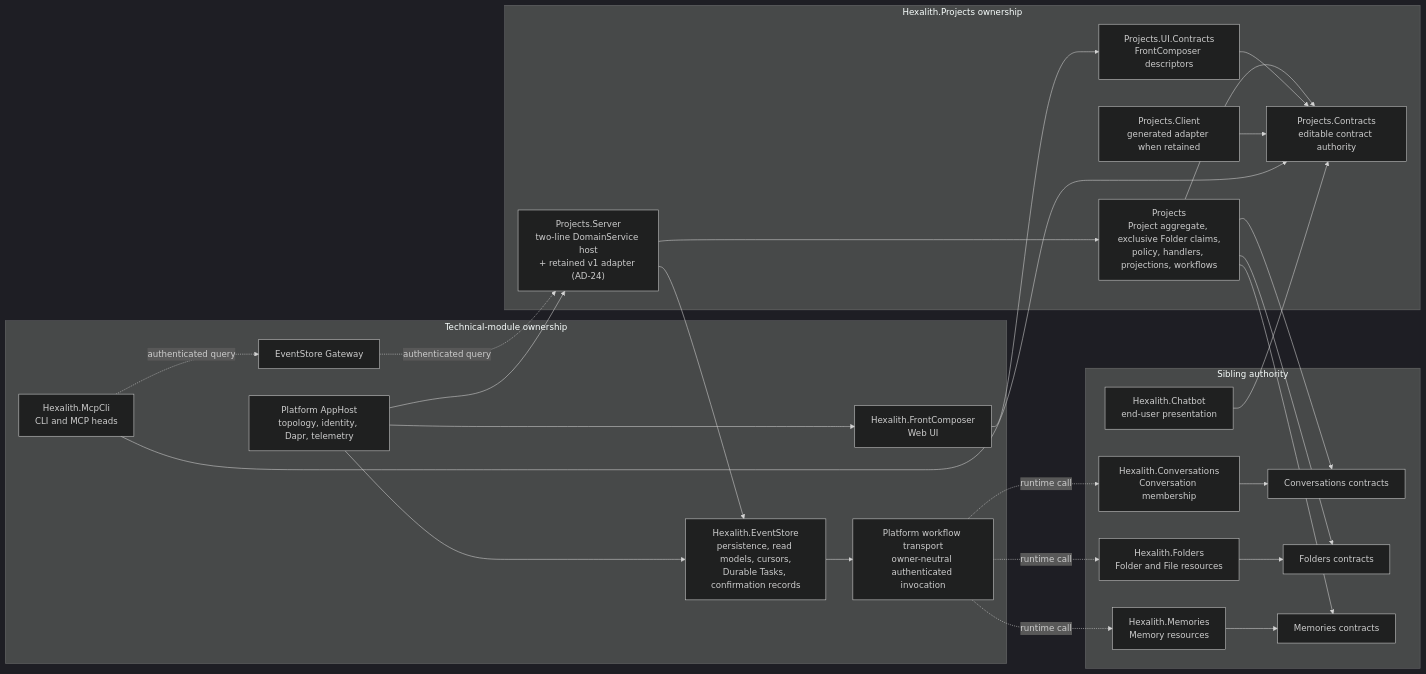
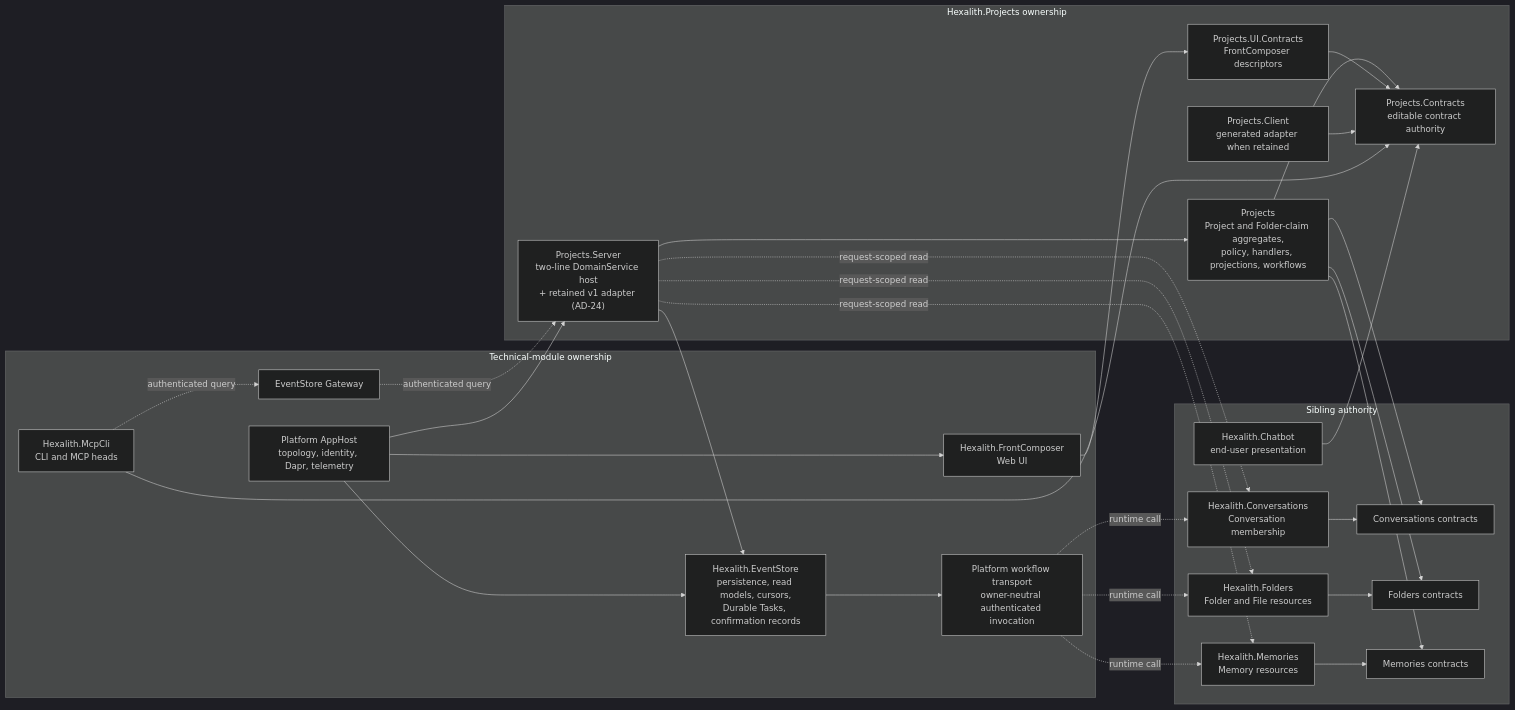
Before and after one commit to Hexalith/Hexalith.Projects: the first of 4 diagrams in _bmad-output/planning-artifacts/architecture/architecture-projects-2026-07-15/ARCHITECTURE-SPINE.md, drawn with Mermaid (dark theme). The commit also changed other lines of this file and 6 other files, not shown here.

Commit message:
fix: submodules and architecture

````diff
--- a/_bmad-output/planning-artifacts/architecture/architecture-projects-2026-07-15/ARCHITECTURE-SPINE.md
+++ b/_bmad-output/planning-artifacts/architecture/architecture-projects-2026-07-15/ARCHITECTURE-SPINE.md
@@ -58,53 +59,56 @@
 ```mermaid
 flowchart LR
     subgraph Projects["Hexalith.Projects ownership"]
         Contracts["Projects.Contracts<br/>editable contract authority"]
-        Domain["Projects<br/>Project aggregate, exclusive Folder claims,<br/>policy, handlers, projections, workflows"]
+        Domain["Projects<br/>Project and Folder-claim aggregates,<br/>policy, handlers, projections, workflows"]
         UIContracts["Projects.UI.Contracts<br/>FrontComposer descriptors"]
         Host["Projects.Server<br/>two-line DomainService host<br/>+ retained v1 adapter (AD-24)"]
         GeneratedClient["Projects.Client<br/>generated adapter when retained"]
     end
 
     subgraph Platform["Technical-module ownership"]
         EventStore["Hexalith.EventStore<br/>persistence, read models, cursors,<br/>Durable Tasks, confirmation records"]
         WorkflowTransport["Platform workflow transport<br/>owner-neutral authenticated invocation"]
         FrontComposer["Hexalith.FrontComposer<br/>Web UI"]
         McpCli["Hexalith.McpCli<br/>CLI and MCP heads"]
         Gateway["EventStore Gateway"]
         AppHost["Platform AppHost<br/>topology, identity, Dapr, telemetry"]
     end
 
     subgraph Owners["Sibling authority"]
         ConversationContracts["Conversations contracts"]
         FolderContracts["Folders contracts"]
         MemoryContracts["Memories contracts"]
         Conversations["Hexalith.Conversations<br/>Conversation membership"]
         Folders["Hexalith.Folders<br/>Folder and File resources"]
         Memories["Hexalith.Memories<br/>Memory resources"]
         Chatbot["Hexalith.Chatbot<br/>end-user presentation"]
     end
 
     Domain --> Contracts
     UIContracts --> Contracts
     Host --> Domain
     Host --> EventStore
     GeneratedClient --> Contracts
     FrontComposer --> UIContracts
     McpCli --> Contracts
     McpCli -. authenticated query .-> Gateway
     Gateway -. authenticated query .-> Host
     AppHost --> Host
     AppHost --> EventStore
     AppHost --> FrontComposer
     EventStore --> WorkflowTransport
     Domain --> ConversationContracts
     Domain --> FolderContracts
     Domain --> MemoryContracts
     Conversations --> ConversationContracts
     Folders --> FolderContracts
     Memories --> MemoryContracts
     WorkflowTransport -. "runtime call" .-> Conversations
     WorkflowTransport -. "runtime call" .-> Folders
     WorkflowTransport -. "runtime call" .-> Memories
+    Host -. "request-scoped read" .-> Conversations
+    Host -. "request-scoped read" .-> Folders
+    Host -. "request-scoped read" .-> Memories
     Chatbot --> Contracts
 ```
````
